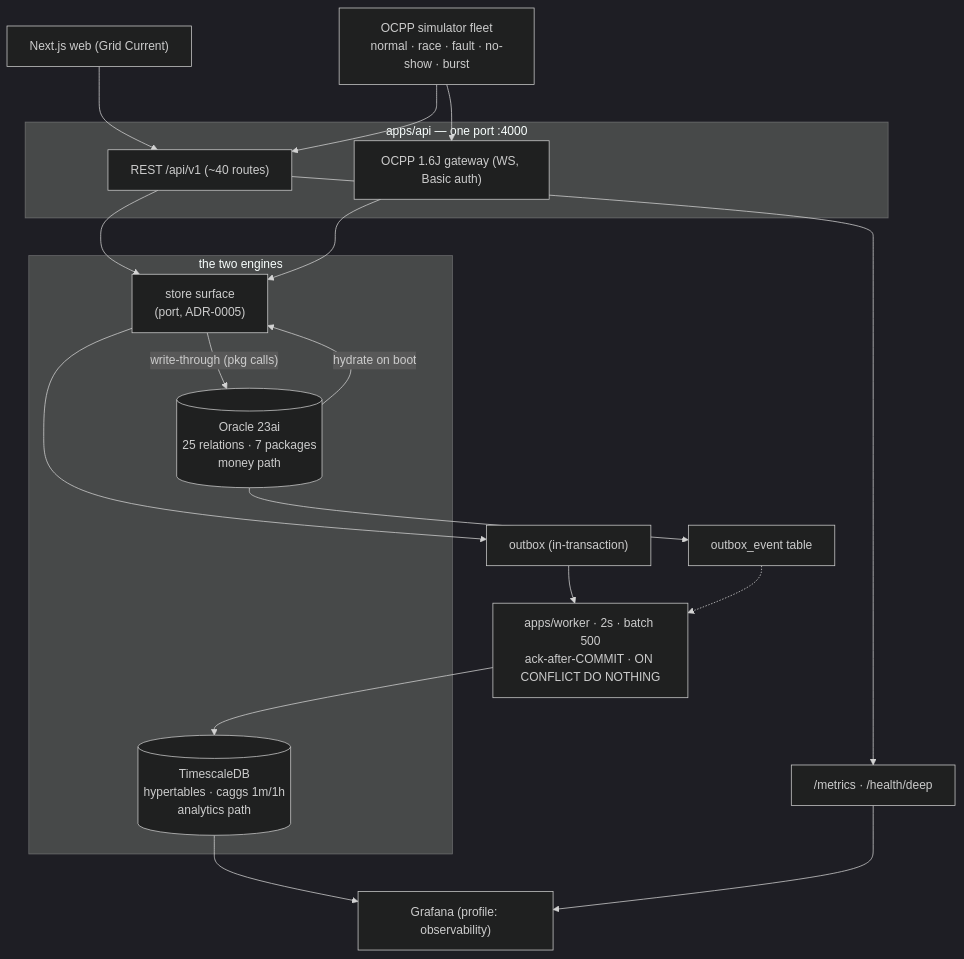
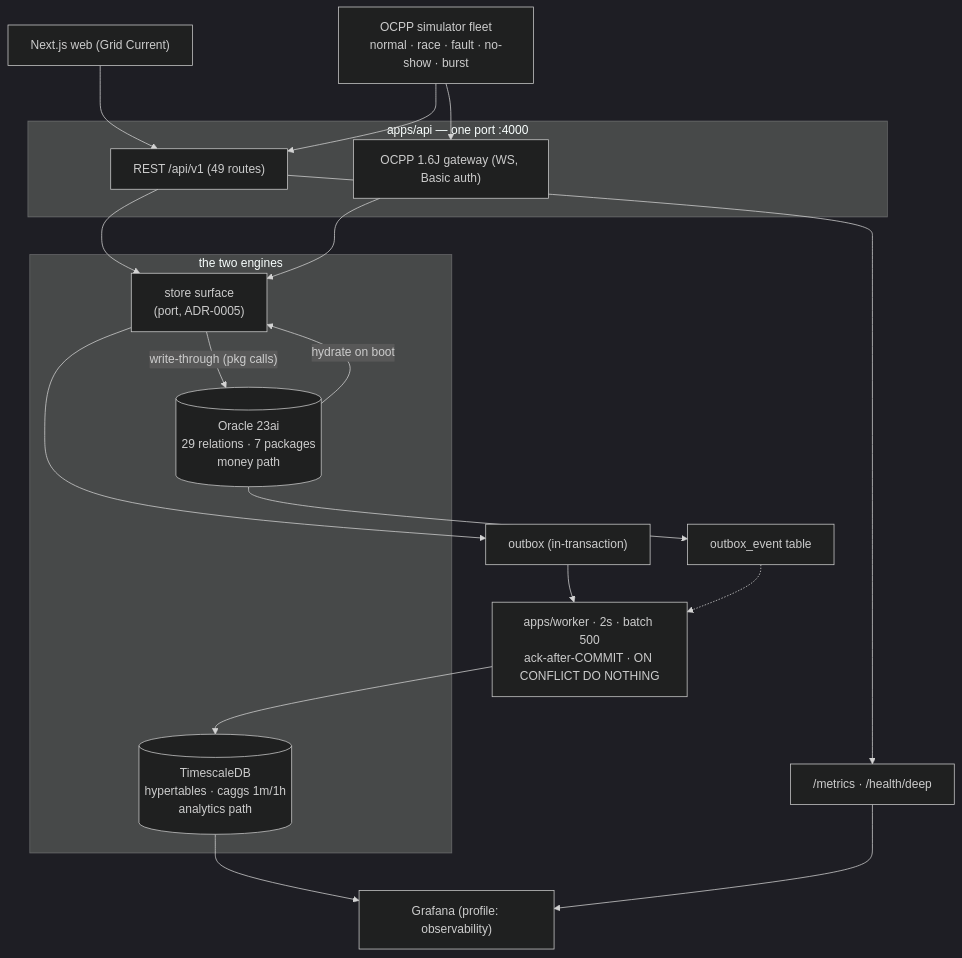
Before and after one commit to humoge7502/VoltHub-CSMS: the diagram in ARCHITECTURE.md, drawn with Mermaid (dark theme). The commit also changed 17 other files, not shown here.

````diff
--- a/ARCHITECTURE.md
+++ b/ARCHITECTURE.md
@@ -7,26 +7,26 @@
 ```mermaid
 flowchart TB
   W["Next.js web (Grid Current)"] --> REST
   SIM["OCPP simulator fleet<br/>normal · race · fault · no-show · burst"] --> GW
   SIM --> REST
   subgraph API["apps/api — one port :4000"]
-    REST["REST /api/v1 (~40 routes)"]
+    REST["REST /api/v1 (49 routes)"]
     GW["OCPP 1.6J gateway (WS, Basic auth)"]
   end
   REST --> ST
   GW --> ST
   subgraph ENGINES["the two engines"]
     ST["store surface<br/>(port, ADR-0005)"]
-    ORA[("Oracle 23ai<br/>25 relations · 7 packages<br/>money path")]
+    ORA[("Oracle 23ai<br/>29 relations · 7 packages<br/>money path")]
     TS[("TimescaleDB<br/>hypertables · caggs 1m/1h<br/>analytics path")]
   end
   ST -- "write-through (pkg calls)" --> ORA
   ORA -- "hydrate on boot" --> ST
   ST --> OB["outbox (in-transaction)"]
   ORA --> OBO["outbox_event table"]
   OB --> REL["apps/worker · 2s · batch 500<br/>ack-after-COMMIT · ON CONFLICT DO NOTHING"]
   OBO -.-> REL
   REL --> TS
   TS --> GF["Grafana (profile: observability)"]
   REST --> MX["/metrics · /health/deep"] --> GF
 ```
````
